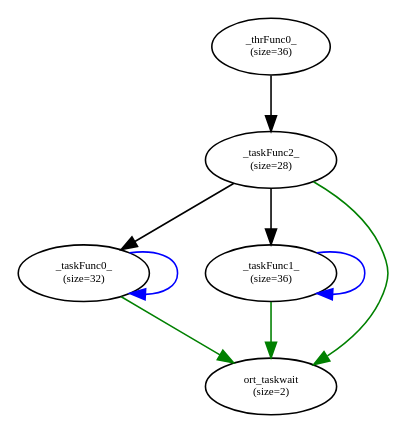
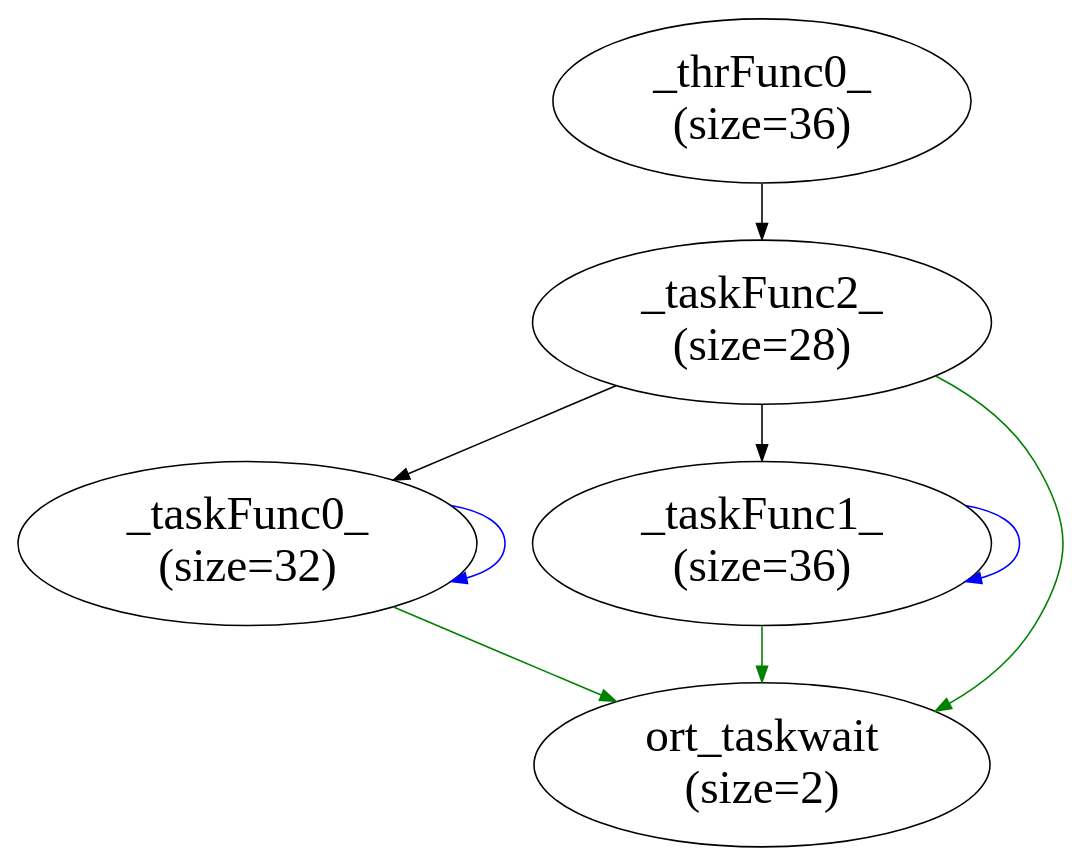
The diagram in knapsack/task/knapsack.dot (Kingtous/Bots_Task_Result), drawn with Graphviz before and after one commit. The commit also changed 510 other files, not shown here.

```diff
--- a/knapsack/task/knapsack.dot
+++ b/knapsack/task/knapsack.dot
@@ -1,19 +1,19 @@
 digraph  {
 center=1;
 rankdir=TB;
 rotate=0;
 size="10,8";
-0 [fontsize=7, label="_thrFunc0_\n(size=36)"];
-3 [fontsize=7, label="_taskFunc2_\n(size=28)"];
-5 [fontsize=7, label="_taskFunc0_\n(size=32)"];
-7 [fontsize=7, label="_taskFunc1_\n(size=36)"];
-8 [fontsize=7, label="ort_taskwait\n(size=2)"];
+0 [fontsize=30, label="_thrFunc0_\n(size=36)"];
+3 [fontsize=30, label="_taskFunc2_\n(size=28)"];
+5 [fontsize=30, label="_taskFunc0_\n(size=32)"];
+7 [fontsize=30, label="_taskFunc1_\n(size=36)"];
+8 [fontsize=30, label="ort_taskwait\n(size=2)"];
 0 -> 3  [key=0];
 3 -> 5  [key=0];
 3 -> 7  [key=0];
 3 -> 8  [color=green, key=0];
 5 -> 5  [color=blue, key=0];
 5 -> 8  [color=green, key=0];
 7 -> 7  [color=blue, key=0];
 7 -> 8  [color=green, key=0];
 }
```
